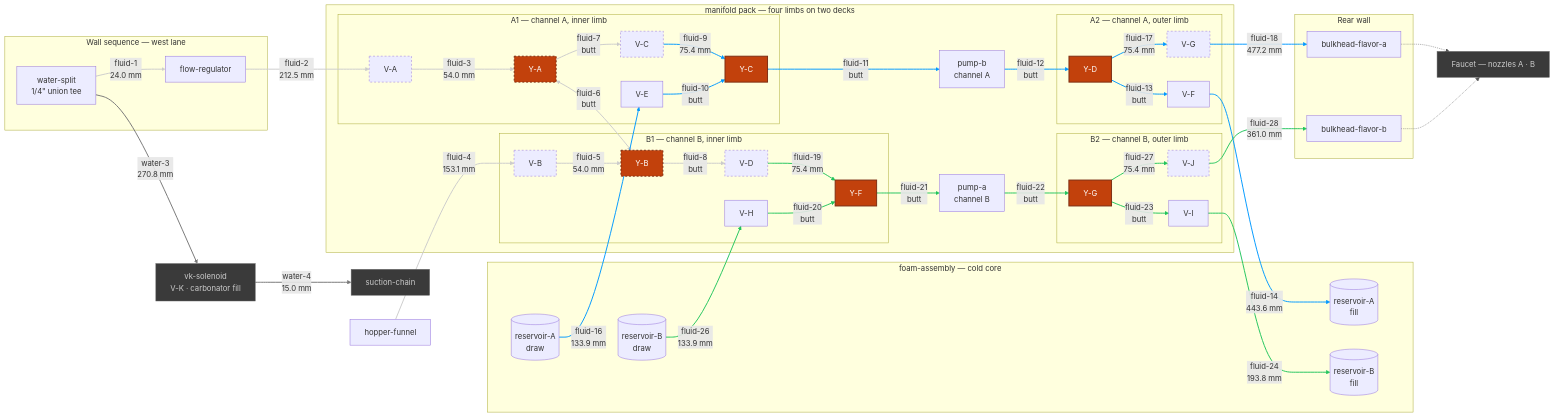
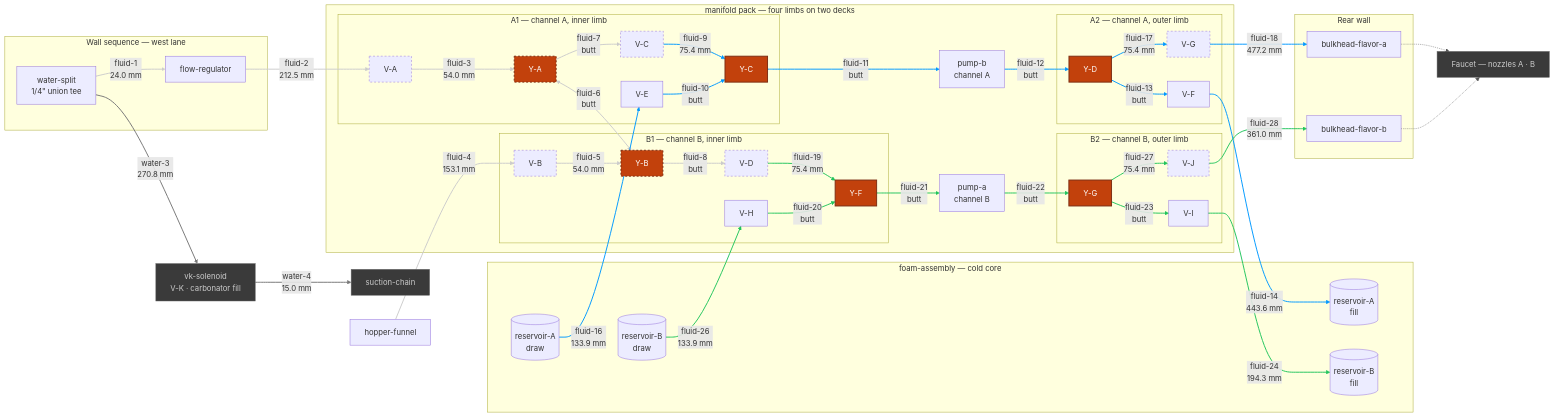
One commit to derekbreden/homesodamachine changed the diagram in hardware/topology/fluid-topology-manifold.mmd. Above: the diagram before and after it, drawn with Mermaid. The commit also changed 13 other files, not shown here.

```diff
--- a/hardware/topology/fluid-topology-manifold.mmd
+++ b/hardware/topology/fluid-topology-manifold.mmd
@@ -14,7 +14,7 @@
   %% [26](SEGMENT_COUNT) flavor segments. [11](BUTT_COUNT) are collet butted to collet and carry
   %% no tube at all; [9](DRAWN_COUNT) are swept runs between placed bodies; the rest are the
   %% hinge's four hairpins and the source pair's two quarter-and-step turns. What is cut comes to
-  %% [2542.6 mm](FLUID_TOTAL) of 1/4" LLDPE over [39](FLUID_BENDS) corners, and the longest is
+  %% [2543.1 mm](FLUID_TOTAL) of 1/4" LLDPE over [39](FLUID_BENDS) corners, and the longest is
   %% [fluid-18](LONGEST_ID) at [477.2 mm](LONGEST_LEN). [0](OPEN_COUNT) are mouths with nothing
   %% on the far end of them: EVERY FLAVOR SEGMENT IN THIS CHART IS MADE. The hopper's gravity
   %% drain is drawn like the rest — the funnel is seated in the box rather than placed in the
@@ -151,7 +151,7 @@
   YF -->|"fluid-21<br/>butt"| PA
   PA -->|"fluid-22<br/>butt"| YG
   YG -->|"fluid-23<br/>butt"| VI
-  VI -->|"fluid-24<br/>193.8 mm"| ResBFill
+  VI -->|"fluid-24<br/>194.3 mm"| ResBFill
   ResB -->|"fluid-26<br/>133.9 mm"| VH
   YG -->|"fluid-27<br/>75.4 mm"| VJ
   VJ -->|"fluid-28<br/>361.0 mm"| BhB
```
